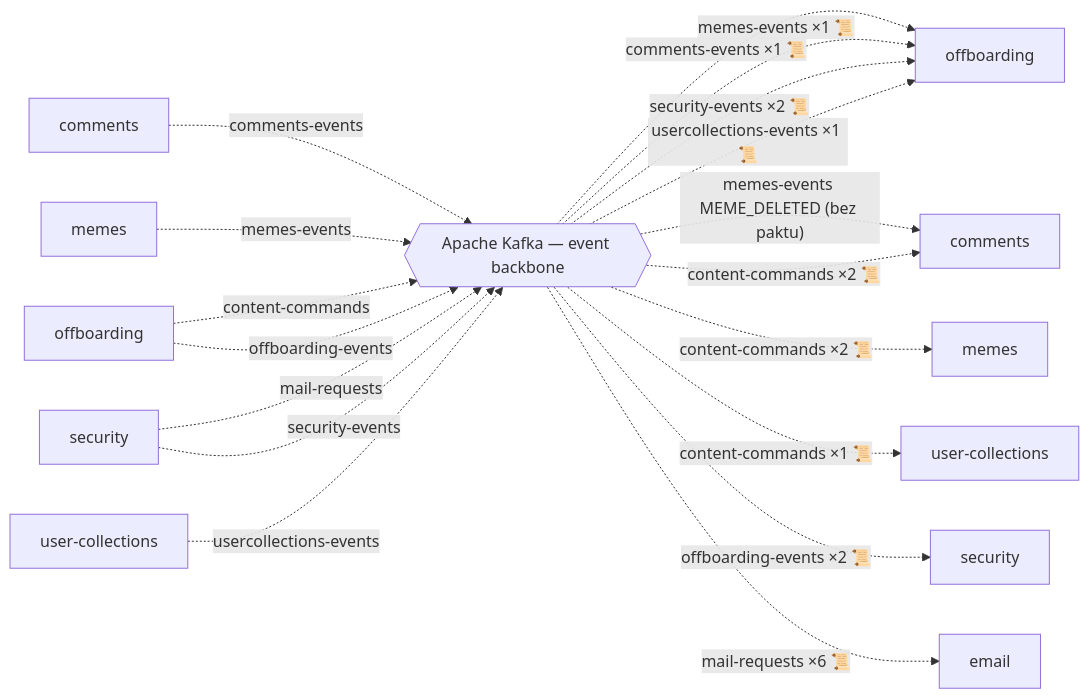
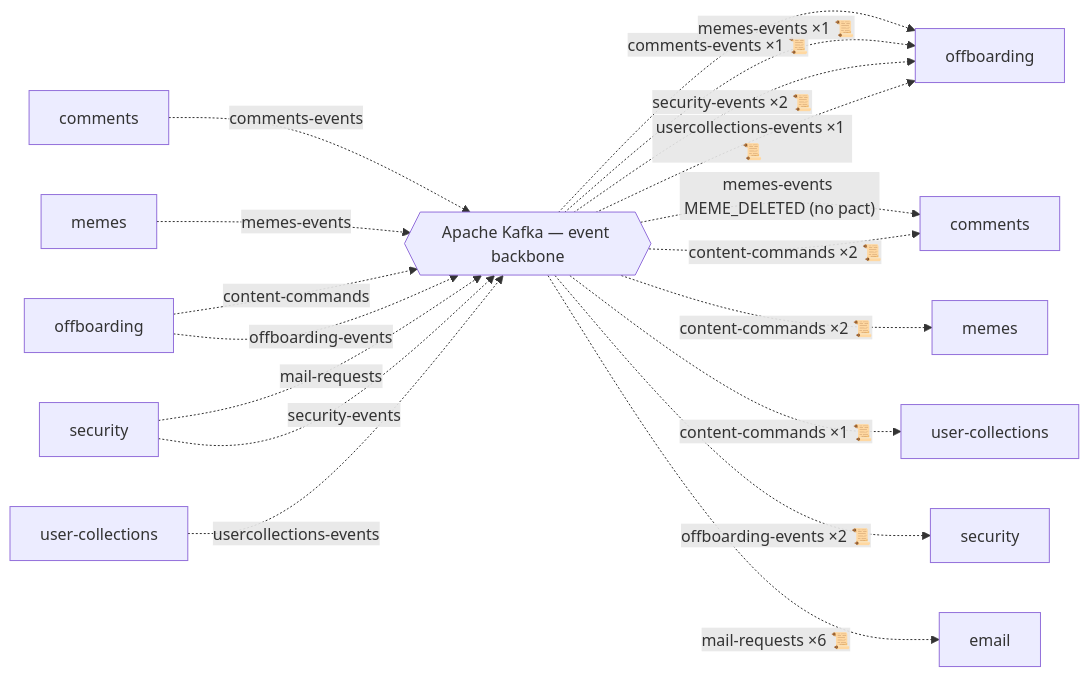
Before and after one commit to jrobertgardzinski/workspace-shared: the third of 3 diagrams in docs/c4-architecture.md, drawn with Mermaid. The commit also changed other lines of this file and 8 other files, not shown here.

````diff
--- a/docs/c4-architecture.md
+++ b/docs/c4-architecture.md
@@ -115,32 +115,32 @@
 ```mermaid
 flowchart LR
   kafka{{"Apache Kafka — event backbone"}}
   p_comments["comments"]
   p_memes["memes"]
   p_offboarding["offboarding"]
   p_security["security"]
   p_user_collections["user-collections"]
   c_comments["comments"]
   c_email["email"]
   c_memes["memes"]
   c_offboarding["offboarding"]
   c_security["security"]
   c_user_collections["user-collections"]
   p_comments -.->|"comments-events"| kafka
   kafka -.->|"comments-events ×1 📜"| c_offboarding
   p_memes -.->|"memes-events"| kafka
-  kafka -.->|"memes-events MEME_DELETED (bez paktu)"| c_comments
+  kafka -.->|"memes-events MEME_DELETED (no pact)"| c_comments
   kafka -.->|"memes-events ×1 📜"| c_offboarding
   p_offboarding -.->|"content-commands"| kafka
   kafka -.->|"content-commands ×2 📜"| c_comments
   kafka -.->|"content-commands ×2 📜"| c_memes
   kafka -.->|"content-commands ×1 📜"| c_user_collections
   p_offboarding -.->|"offboarding-events"| kafka
   kafka -.->|"offboarding-events ×2 📜"| c_security
   p_security -.->|"mail-requests"| kafka
   kafka -.->|"mail-requests ×6 📜"| c_email
   p_security -.->|"security-events"| kafka
   kafka -.->|"security-events ×2 📜"| c_offboarding
   p_user_collections -.->|"usercollections-events"| kafka
   kafka -.->|"usercollections-events ×1 📜"| c_offboarding
 ```
````
